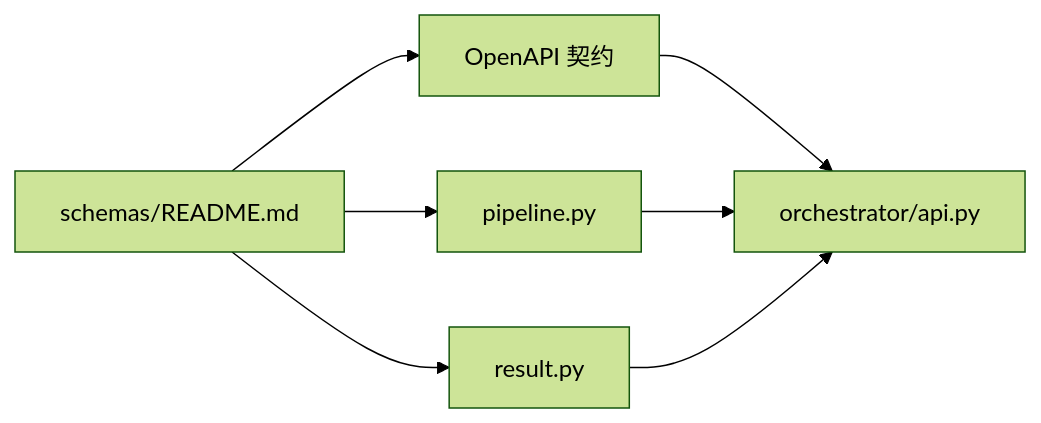
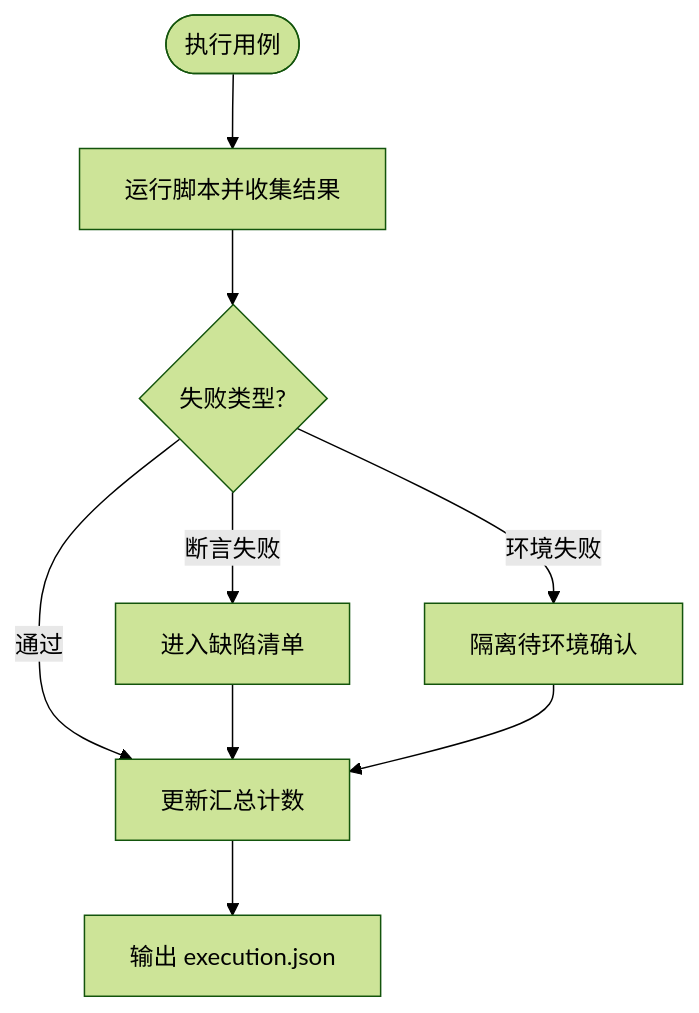
Before and after one commit to Joeyzheng001/LLM-AutoTest: the fifth of 6 diagrams in .qoder/repowiki/zh/content/数据模型/数据模型.md, drawn with Mermaid (forest theme). The commit also changed other lines of this file and 186 other files, not shown here.

````diff
--- a/.qoder/repowiki/zh/content/数据模型/数据模型.md
+++ b/.qoder/repowiki/zh/content/数据模型/数据模型.md
@@ -306,9 +253,11 @@
 ```mermaid
-graph LR
-OAPI["OpenAPI 契约"] --> ORCH["orchestrator/api.py"]
-PIPE["pipeline.py"] --> ORCH
-EXEC["result.py"] --> ORCH
-SCHEMA["schemas/README.md"] --> OAPI
-SCHEMA --> PIPE
-SCHEMA --> EXEC
+flowchart TD
+Start(["执行用例"]) --> Run["运行脚本并收集结果"]
+Run --> Classify{"失败类型?"}
+Classify --> |断言失败| Def["进入缺陷清单"]
+Classify --> |环境失败| Env["隔离待环境确认"]
+Classify --> |通过| Sum["更新汇总计数"]
+Def --> Sum
+Env --> Sum
+Sum --> Output["输出 execution.json"]
 ```
````
